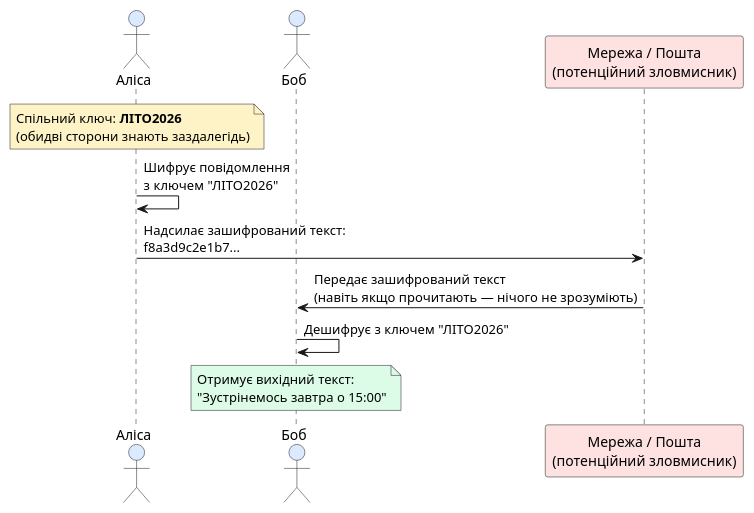
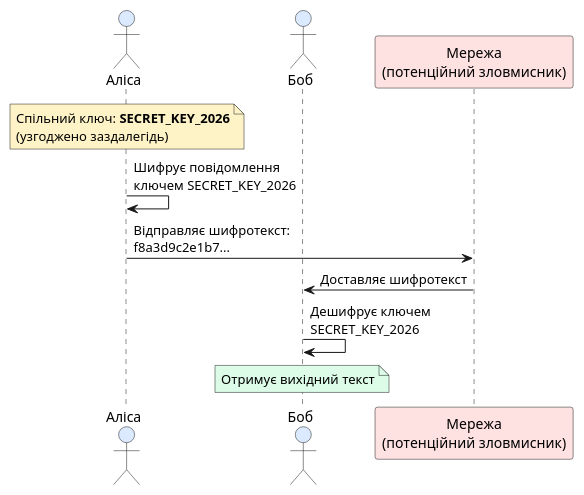
Before and after one commit to arakviel/kostyl.dev: the second of 7 diagrams in content/17.client-server-architecture/06.tls-cryptographic-channel-protection.md, drawn with PlantUML. The commit also changed other lines of this file and 8 other files, not shown here.

Commit message:
docs: add TLS cryptographic channel diagrams and update UDP and TLS content

````diff
--- a/content/17.client-server-architecture/06.tls-cryptographic-channel-protection.md
+++ b/content/17.client-server-architecture/06.tls-cryptographic-channel-protection.md
@@ -73,24 +104,23 @@
 ```plantuml
 @startuml
 skinparam style plain
 skinparam backgroundColor #FFFFFF
 
 actor "Аліса" as Alice #DBEAFE
 actor "Боб" as Bob #DBEAFE
-participant "Мережа / Пошта\n(потенційний зловмисник)" as Network #FEE2E2
+participant "Мережа\n(потенційний зловмисник)" as Network #FEE2E2
 
 note over Alice #FEF3C7
-  Спільний ключ: **ЛІТО2026**
-  (обидві сторони знають заздалегідь)
+  Спільний ключ: **SECRET_KEY_2026**
+  (узгоджено заздалегідь)
 end note
 
-Alice -> Alice : Шифрує повідомлення\nз ключем "ЛІТО2026"
-Alice -> Network : Надсилає зашифрований текст:\nf8a3d9c2e1b7...
-Network -> Bob : Передає зашифрований текст\n(навіть якщо прочитають — нічого не зрозуміють)
-Bob -> Bob : Дешифрує з ключем "ЛІТО2026"
+Alice -> Alice : Шифрує повідомлення\nключем SECRET_KEY_2026
+Alice -> Network : Відправляє шифротекст:\nf8a3d9c2e1b7...
+Network -> Bob : Доставляє шифротекст
+Bob -> Bob : Дешифрує ключем\nSECRET_KEY_2026
 note over Bob #DCFCE7
-  Отримує вихідний текст:
-  "Зустрінемось завтра о 15:00"
+  Отримує вихідний текст
 end note
 @enduml
 ```
````
